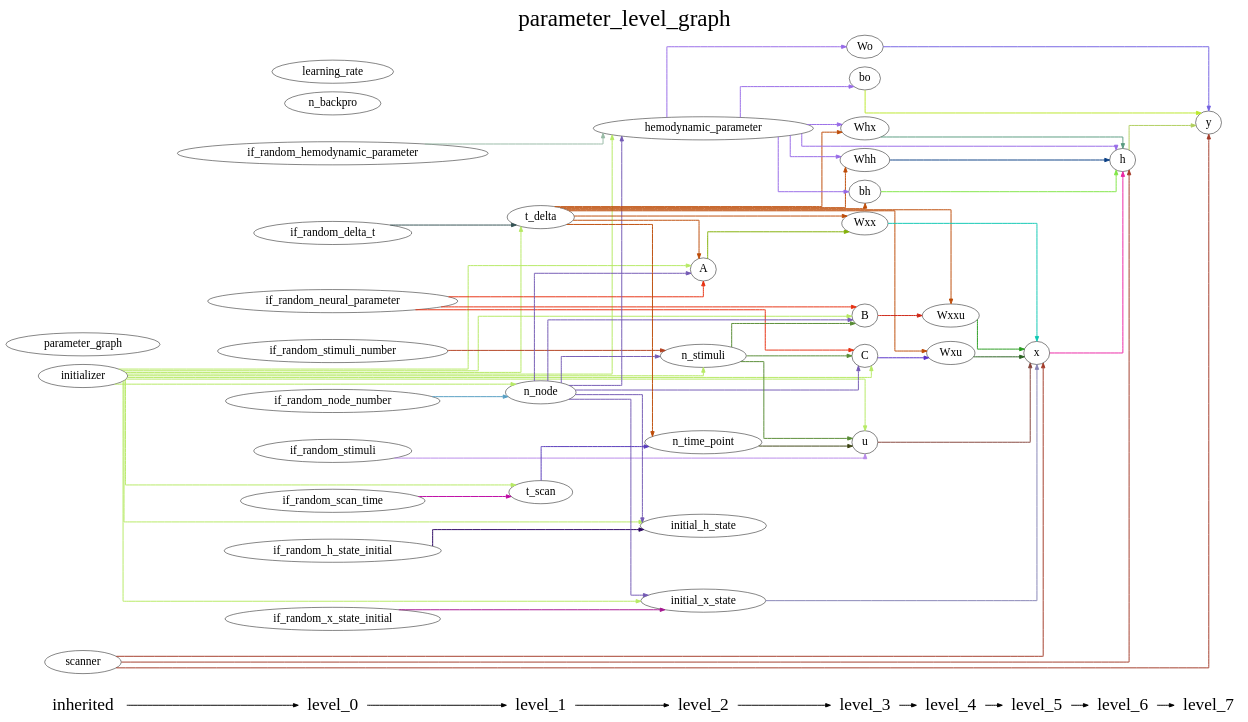
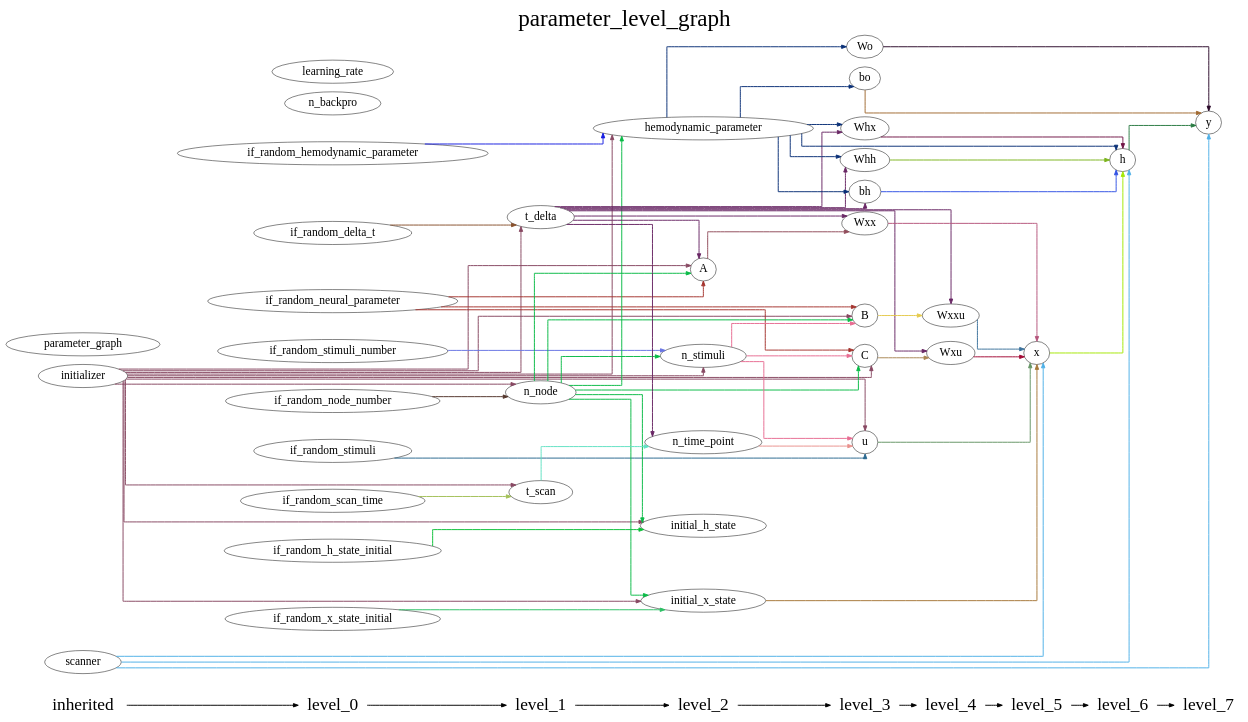
The diagram in DCM_RNN/documents/parameter_level_graph.gv (YuanWangOnward/DCM_RNN), drawn with Graphviz before and after one commit. The commit also changed 7 other files, not shown here.

```diff
--- a/DCM_RNN/documents/parameter_level_graph.gv
+++ b/DCM_RNN/documents/parameter_level_graph.gv
@@ -1,156 +1,156 @@
 digraph G {
           splines=ortho;
           fontsize = 48;
           rankdir = "LR";
           node[fontsize=24];
           edge[penwidth=2];
           {
           node [shape=plaintext fontsize=36];
           inherited -> 
           level_0 -> 
           level_1 -> 
           level_2 -> 
           level_3 -> 
           level_4 -> 
           level_5 -> 
           level_6 -> 
           level_7
           }
           {rank = same;
           inherited;
           initializer;
           parameter_graph;
           scanner;
           }
           {rank = same;
           level_0;
           if_random_neural_parameter;
           if_random_hemodynamic_parameter;
           if_random_x_state_initial;
           if_random_h_state_initial;
           if_random_stimuli;
           if_random_node_number;
           if_random_stimuli_number;
           if_random_delta_t;
           if_random_scan_time;
           n_backpro;
           learning_rate;
           }
           {rank = same;
           level_1;
           n_node;
           t_delta;
           t_scan;
           }
           {rank = same;
           level_2;
           n_time_point;
           n_stimuli;
           A;
           hemodynamic_parameter;
           initial_x_state;
           initial_h_state;
           }
           {rank = same;
           level_3;
           u;
           B;
           C;
           Wxx;
           Whx;
           Whh;
           bh;
           Wo;
           bo;
           }
           {rank = same;
           level_4;
           Wxxu;
           Wxu;
           }
           {rank = same;
           level_5;
           x;
           }
           {rank = same;
           level_6;
           h;
           }
           {rank = same;
           level_7;
           y;
           }
-          if_random_node_number -> n_node [color="#559EC3"];
-          learning_rate ;
-          hemodynamic_parameter -> Whh [color="#976AE7"];
-          hemodynamic_parameter -> bh [color="#976AE7"];
-          hemodynamic_parameter -> Wo [color="#976AE7"];
-          hemodynamic_parameter -> Whx [color="#976AE7"];
-          hemodynamic_parameter -> bo [color="#976AE7"];
-          hemodynamic_parameter -> h [color="#976AE7"];
-          Wo -> y [color="#7362E2"];
-          B -> Wxxu [color="#CE2514"];
-          if_random_h_state_initial -> initial_h_state [color="#2A0562"];
           y ;
           initial_h_state ;
-          Wxx -> x [color="#0EC8B3"];
-          n_time_point -> u [color="#3C4413"];
-          Whh -> h [color="#0C4085"];
-          bo -> y [color="#BBE92B"];
-          bh -> h [color="#80E645"];
+          if_random_hemodynamic_parameter -> hemodynamic_parameter [color="#161EE1"];
+          bo -> y [color="#A06931"];
+          Wxu -> x [color="#A30935"];
+          Wxx -> x [color="#B5557C"];
+          initializer -> initial_h_state [color="#874862"];
+          initializer -> t_scan [color="#874862"];
+          initializer -> n_stimuli [color="#874862"];
+          initializer -> initial_x_state [color="#874862"];
+          initializer -> B [color="#874862"];
+          initializer -> u [color="#874862"];
+          initializer -> t_delta [color="#874862"];
+          initializer -> A [color="#874862"];
+          initializer -> n_node [color="#874862"];
+          initializer -> C [color="#874862"];
+          initializer -> hemodynamic_parameter [color="#874862"];
+          Whh -> h [color="#7CB41E"];
+          if_random_stimuli_number -> n_stimuli [color="#6773E3"];
+          Wo -> y [color="#2B0A2A"];
+          C -> Wxu [color="#AA8654"];
+          n_stimuli -> B [color="#E76C92"];
+          n_stimuli -> u [color="#E76C92"];
+          n_stimuli -> C [color="#E76C92"];
+          initial_x_state -> x [color="#A77839"];
+          scanner -> y [color="#4EB0E7"];
+          scanner -> h [color="#4EB0E7"];
+          scanner -> x [color="#4EB0E7"];
+          if_random_h_state_initial -> initial_h_state [color="#0CC038"];
+          B -> Wxxu [color="#E5CA4C"];
+          u -> x [color="#659565"];
+          if_random_x_state_initial -> initial_x_state [color="#2CC064"];
+          parameter_graph ;
+          if_random_neural_parameter -> B [color="#A5342E"];
+          if_random_neural_parameter -> A [color="#A5342E"];
+          if_random_neural_parameter -> C [color="#A5342E"];
+          Whx -> h [color="#701546"];
+          t_delta -> Wxu [color="#692765"];
+          t_delta -> bh [color="#692765"];
+          t_delta -> Whh [color="#692765"];
+          t_delta -> A [color="#692765"];
+          t_delta -> Whx [color="#692765"];
+          t_delta -> n_time_point [color="#692765"];
+          t_delta -> Wxx [color="#692765"];
+          t_delta -> Wxxu [color="#692765"];
+          if_random_node_number -> n_node [color="#53352B"];
+          if_random_delta_t -> t_delta [color="#88512C"];
+          n_node -> initial_h_state [color="#09BB47"];
+          n_node -> n_stimuli [color="#09BB47"];
+          n_node -> initial_x_state [color="#09BB47"];
+          n_node -> B [color="#09BB47"];
+          n_node -> A [color="#09BB47"];
+          n_node -> C [color="#09BB47"];
+          n_node -> hemodynamic_parameter [color="#09BB47"];
+          hemodynamic_parameter -> h [color="#0A3077"];
+          hemodynamic_parameter -> bo [color="#0A3077"];
+          hemodynamic_parameter -> Wo [color="#0A3077"];
+          hemodynamic_parameter -> bh [color="#0A3077"];
+          hemodynamic_parameter -> Whh [color="#0A3077"];
+          hemodynamic_parameter -> Whx [color="#0A3077"];
+          A -> Wxx [color="#914C5A"];
+          if_random_scan_time -> t_scan [color="#A3C157"];
           n_backpro ;
-          scanner -> y [color="#A23A28"];
-          scanner -> x [color="#A23A28"];
-          scanner -> h [color="#A23A28"];
-          if_random_stimuli_number -> n_stimuli [color="#B34020"];
-          initial_x_state -> x [color="#8583B5"];
-          n_node -> hemodynamic_parameter [color="#7359B4"];
-          n_node -> B [color="#7359B4"];
-          n_node -> initial_h_state [color="#7359B4"];
-          n_node -> initial_x_state [color="#7359B4"];
-          n_node -> A [color="#7359B4"];
-          n_node -> C [color="#7359B4"];
-          n_node -> n_stimuli [color="#7359B4"];
-          t_scan -> n_time_point [color="#573ABB"];
-          if_random_delta_t -> t_delta [color="#335153"];
-          Wxxu -> x [color="#269B1E"];
-          if_random_scan_time -> t_scan [color="#BE07A4"];
-          A -> Wxx [color="#82B006"];
-          u -> x [color="#84433B"];
-          initializer -> hemodynamic_parameter [color="#B6EA64"];
-          initializer -> B [color="#B6EA64"];
-          initializer -> initial_h_state [color="#B6EA64"];
-          initializer -> initial_x_state [color="#B6EA64"];
-          initializer -> n_node [color="#B6EA64"];
-          initializer -> t_scan [color="#B6EA64"];
-          initializer -> A [color="#B6EA64"];
-          initializer -> u [color="#B6EA64"];
-          initializer -> C [color="#B6EA64"];
-          initializer -> t_delta [color="#B6EA64"];
-          initializer -> n_stimuli [color="#B6EA64"];
-          if_random_neural_parameter -> B [color="#E73010"];
-          if_random_neural_parameter -> A [color="#E73010"];
-          if_random_neural_parameter -> C [color="#E73010"];
-          Whx -> h [color="#599B80"];
-          Wxu -> x [color="#296120"];
-          x -> h [color="#EC24A5"];
-          parameter_graph ;
-          if_random_x_state_initial -> initial_x_state [color="#A61591"];
-          if_random_stimuli -> u [color="#B88AEA"];
-          if_random_hemodynamic_parameter -> hemodynamic_parameter [color="#98BBA6"];
-          h -> y [color="#B0CE5C"];
-          C -> Wxu [color="#5730C8"];
-          t_delta -> Wxx [color="#BE4C08"];
-          t_delta -> n_time_point [color="#BE4C08"];
-          t_delta -> Whh [color="#BE4C08"];
-          t_delta -> bh [color="#BE4C08"];
-          t_delta -> Wxxu [color="#BE4C08"];
-          t_delta -> A [color="#BE4C08"];
-          t_delta -> Whx [color="#BE4C08"];
-          t_delta -> Wxu [color="#BE4C08"];
-          n_stimuli -> B [color="#578B34"];
-          n_stimuli -> u [color="#578B34"];
-          n_stimuli -> C [color="#578B34"];
+          x -> h [color="#A5E804"];
+          Wxxu -> x [color="#3B719B"];
+          if_random_stimuli -> u [color="#296890"];
+          n_time_point -> u [color="#EA928E"];
+          bh -> h [color="#3252E4"];
+          t_scan -> n_time_point [color="#61E1C3"];
+          h -> y [color="#287A41"];
+          learning_rate ;
           labelloc = "t";
           label = "parameter_level_graph";
 }
```
